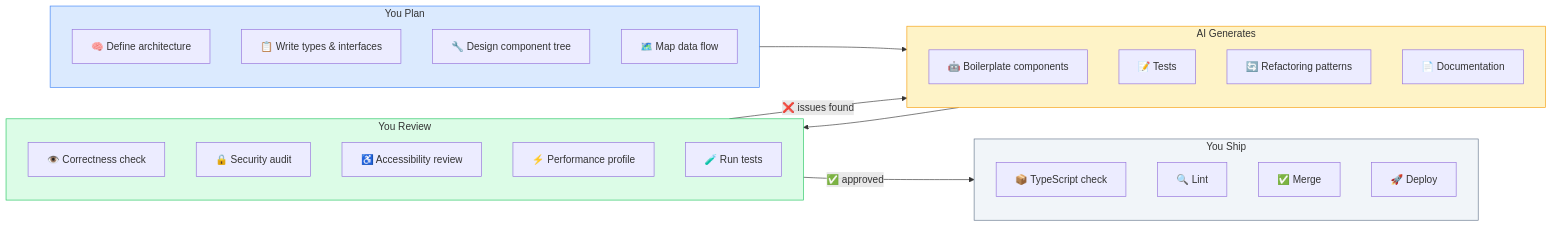
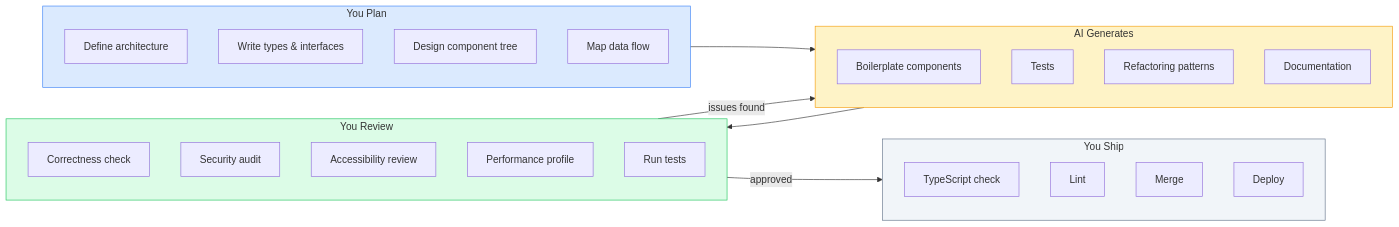
Before and after one commit to ashishxcode/frontend-internals: the diagram in packages/content/content/32-ai-coding-workflows.mdx, drawn with Mermaid. The commit also changed other lines of this file and 29 other files, not shown here.

Commit message:
rewrite: roadmap engineer-to-engineer + all 34 chapters new spec

````diff
--- a/packages/content/content/32-ai-coding-workflows.mdx
+++ b/packages/content/content/32-ai-coding-workflows.mdx
@@ -29,41 +22,41 @@
 ```mermaid
 flowchart LR
   subgraph Plan["You Plan"]
-    A1["🧠 Define architecture"]
-    A2["📋 Write types & interfaces"]
-    A3["🔧 Design component tree"]
-    A4["🗺️ Map data flow"]
+    A1["Define architecture"]
+    A2["Write types & interfaces"]
+    A3["Design component tree"]
+    A4["Map data flow"]
   end
 
   subgraph AI["AI Generates"]
-    B1["🤖 Boilerplate components"]
-    B2["📝 Tests"]
-    B3["🔄 Refactoring patterns"]
-    B4["📄 Documentation"]
+    B1["Boilerplate components"]
+    B2["Tests"]
+    B3["Refactoring patterns"]
+    B4["Documentation"]
   end
 
   subgraph Review["You Review"]
-    C1["👁️ Correctness check"]
-    C2["🔒 Security audit"]
-    C3["♿ Accessibility review"]
-    C4["⚡ Performance profile"]
-    C5["🧪 Run tests"]
+    C1["Correctness check"]
+    C2["Security audit"]
+    C3["Accessibility review"]
+    C4["Performance profile"]
+    C5["Run tests"]
   end
 
   subgraph Ship["You Ship"]
-    D1["📦 TypeScript check"]
-    D2["🔍 Lint"]
-    D3["✅ Merge"]
-    D4["🚀 Deploy"]
+    D1["TypeScript check"]
+    D2["Lint"]
+    D3["Merge"]
+    D4["Deploy"]
   end
 
   Plan --> AI
   AI --> Review
-  Review -->|"❌ issues found"| AI
-  Review -->|"✅ approved"| Ship
+  Review -->|"issues found"| AI
+  Review -->|"approved"| Ship
 
   style Plan fill:#dbeafe,stroke:#3b82f6
   style AI fill:#fef3c7,stroke:#f59e0b
   style Review fill:#dcfce7,stroke:#22c55e
   style Ship fill:#f1f5f9,stroke:#64748b
 ```
````
